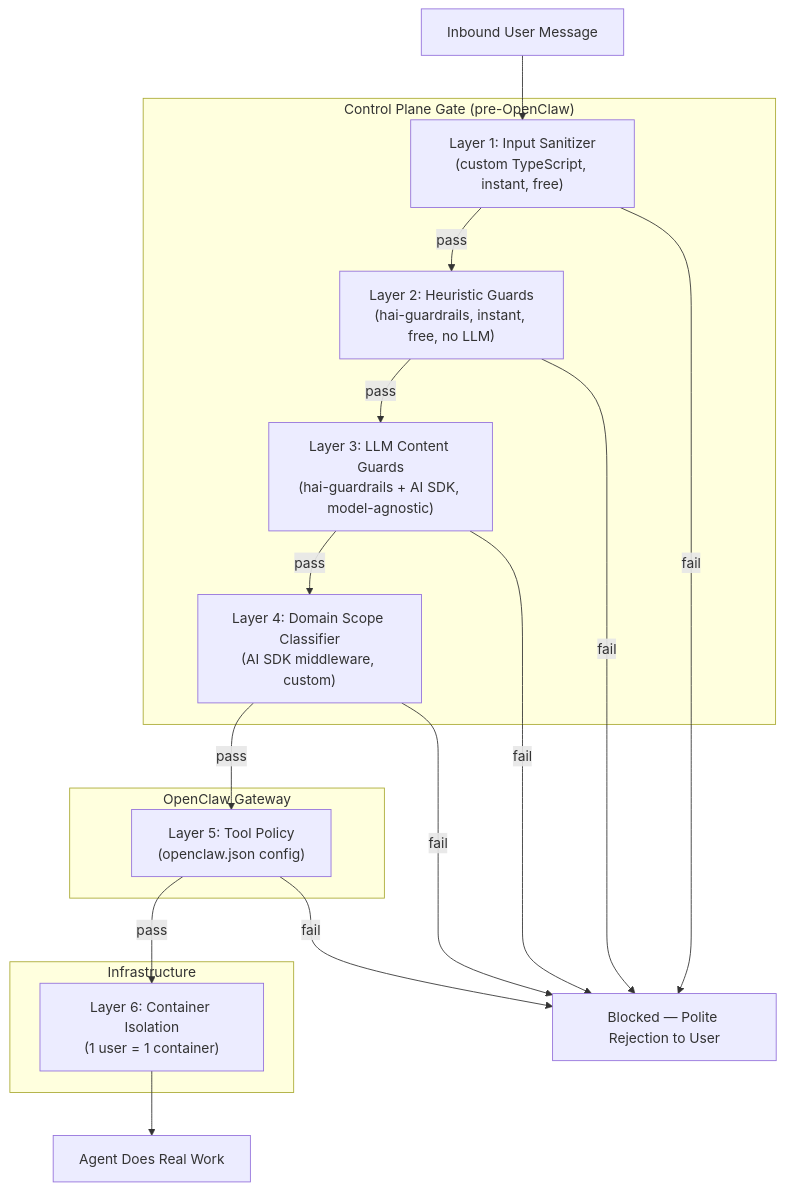
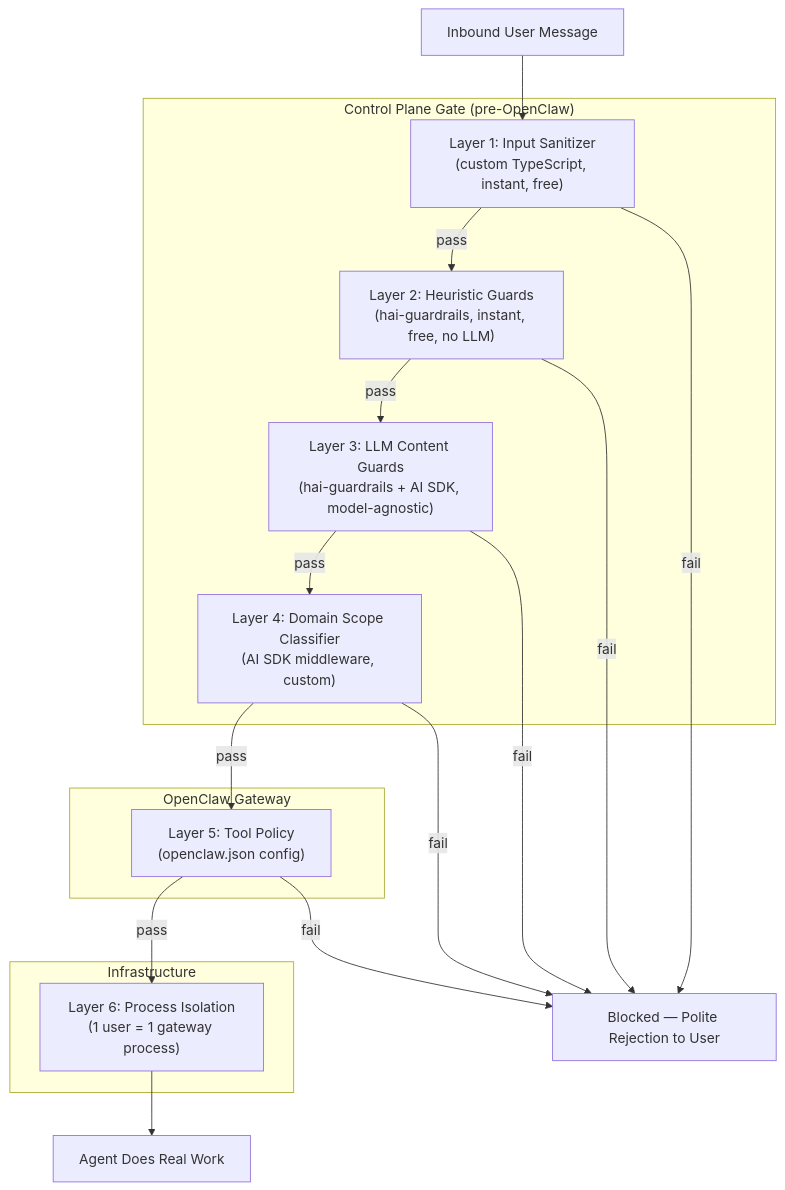
Before and after one commit to 1qh/claw: the first of 2 diagrams in brainstorm/security.md, drawn with Mermaid. The commit also changed other lines of this file and 9 other files, not shown here.

Commit message:
Update all files: replace container refs with gateway process architecture

````diff
--- a/brainstorm/security.md
+++ b/brainstorm/security.md
@@ -9,33 +9,33 @@
 ```mermaid
 flowchart TD
     MSG[Inbound User Message] --> L1
 
     subgraph "Control Plane Gate (pre-OpenClaw)"
         L1["Layer 1: Input Sanitizer\n(custom TypeScript, instant, free)"]
         L2["Layer 2: Heuristic Guards\n(hai-guardrails, instant, free, no LLM)"]
         L3["Layer 3: LLM Content Guards\n(hai-guardrails + AI SDK, model-agnostic)"]
         L4["Layer 4: Domain Scope Classifier\n(AI SDK middleware, custom)"]
     end
 
     subgraph "OpenClaw Gateway"
         L5["Layer 5: Tool Policy\n(openclaw.json config)"]
     end
 
     subgraph "Infrastructure"
-        L6["Layer 6: Container Isolation\n(1 user = 1 container)"]
+        L6["Layer 6: Process Isolation\n(1 user = 1 gateway process)"]
     end
 
     L1 -->|pass| L2
     L1 -->|"fail"| BLOCK
     L2 -->|pass| L3
     L2 -->|"fail"| BLOCK
     L3 -->|pass| L4
     L3 -->|"fail"| BLOCK
     L4 -->|pass| L5
     L4 -->|"fail"| BLOCK
     L5 -->|pass| L6
     L5 -->|"fail"| BLOCK
     L6 --> WORK[Agent Does Real Work]
 
     BLOCK[Blocked — Polite Rejection to User]
 ```
````
